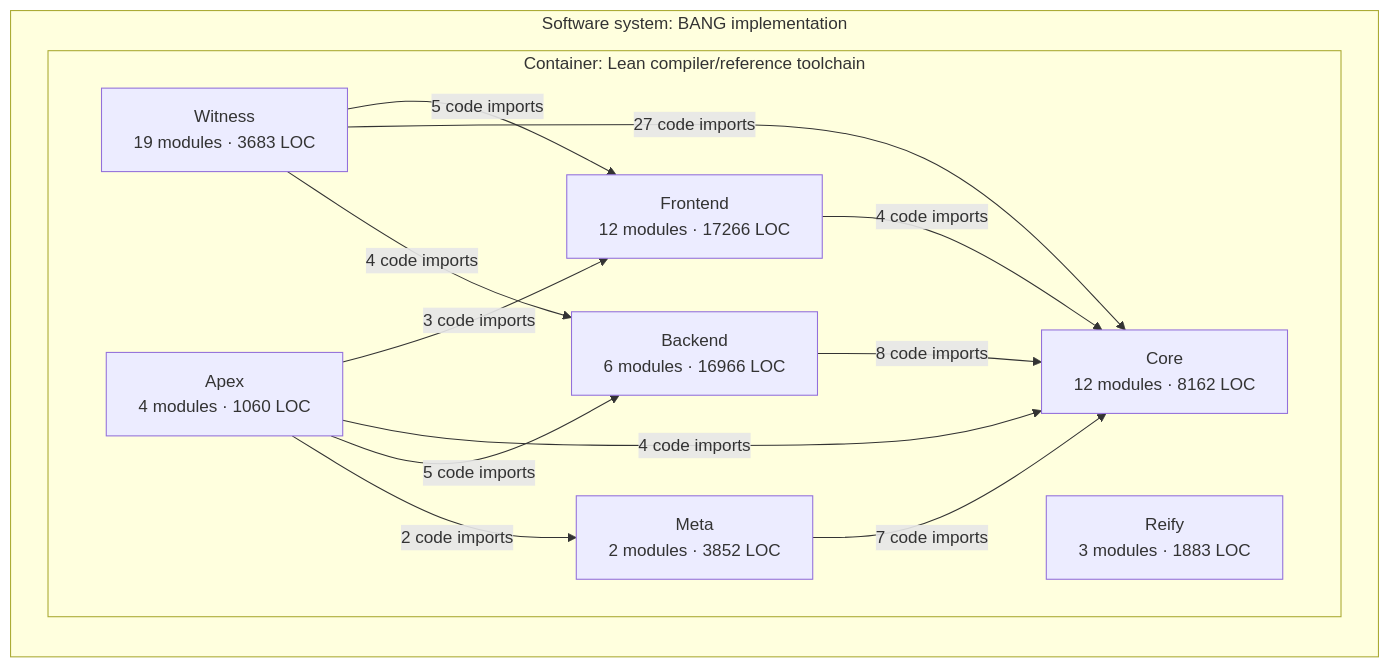
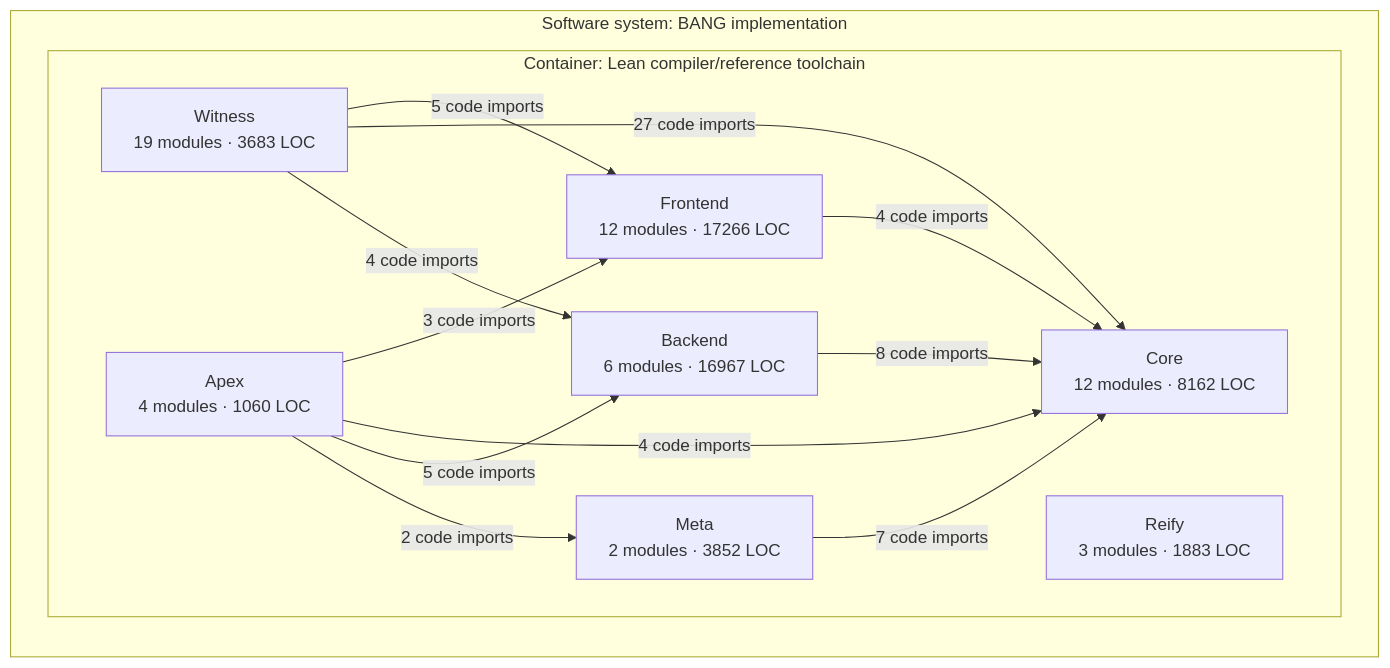
The third of 3 diagrams in docs/architecture/core-overview.md (phibkro/bang), drawn with Mermaid before and after one commit. The commit also changed other lines of this file and 18 other files, not shown here.

````diff
--- a/docs/architecture/core-overview.md
+++ b/docs/architecture/core-overview.md
@@ -160,24 +160,24 @@
 ```mermaid
 flowchart LR
   subgraph system_BANG["Software system: BANG implementation"]
     subgraph container_Lean_toolchain["Container: Lean compiler/reference toolchain"]
       component_Frontend["Frontend<br/>12 modules · 17266 LOC"]
       component_Core["Core<br/>12 modules · 8162 LOC"]
-      component_Backend["Backend<br/>6 modules · 16966 LOC"]
+      component_Backend["Backend<br/>6 modules · 16967 LOC"]
       component_Meta["Meta<br/>2 modules · 3852 LOC"]
       component_Witness["Witness<br/>19 modules · 3683 LOC"]
       component_Reify["Reify<br/>3 modules · 1883 LOC"]
       component_Apex["Apex<br/>4 modules · 1060 LOC"]
     end
   end
   component_Frontend -->|4 code imports| component_Core
   component_Backend -->|8 code imports| component_Core
   component_Meta -->|7 code imports| component_Core
   component_Witness -->|5 code imports| component_Frontend
   component_Witness -->|27 code imports| component_Core
   component_Witness -->|4 code imports| component_Backend
   component_Apex -->|3 code imports| component_Frontend
   component_Apex -->|4 code imports| component_Core
   component_Apex -->|5 code imports| component_Backend
   component_Apex -->|2 code imports| component_Meta
 ```
````
